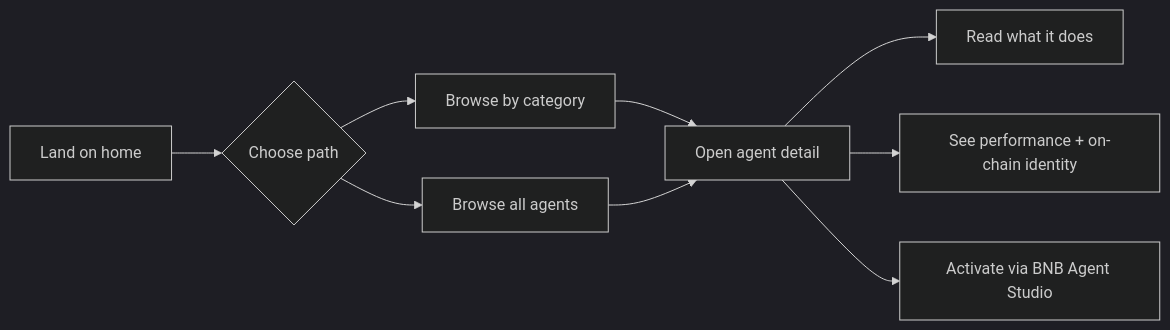
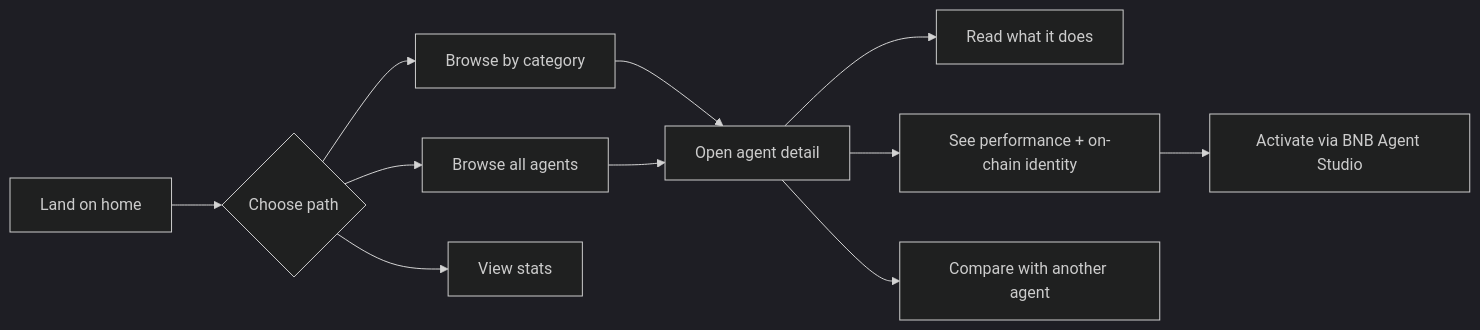
Before and after one commit to Baophan00/bnb-agent-marketplace: the first of 2 diagrams in README.md, drawn with Mermaid (dark theme). The commit also changed other lines of this file and 255 other files, not shown here.

````diff
--- a/README.md
+++ b/README.md
@@ -19,11 +21,13 @@
 ```mermaid
 graph LR
   A[Land on home] --> B{Choose path}
   B --> C[Browse by category]
   B --> D[Browse all agents]
-  C --> E[Open agent detail]
-  D --> E
-  E --> F[Read what it does]
-  E --> G[See performance + on-chain identity]
-  E --> H[Activate via BNB Agent Studio]
+  B --> E[View stats]
+  C --> F[Open agent detail]
+  D --> F
+  F --> G[Read what it does]
+  F --> H[See performance + on-chain identity]
+  F --> I[Compare with another agent]
+  H --> J[Activate via BNB Agent Studio]
 ```
````
